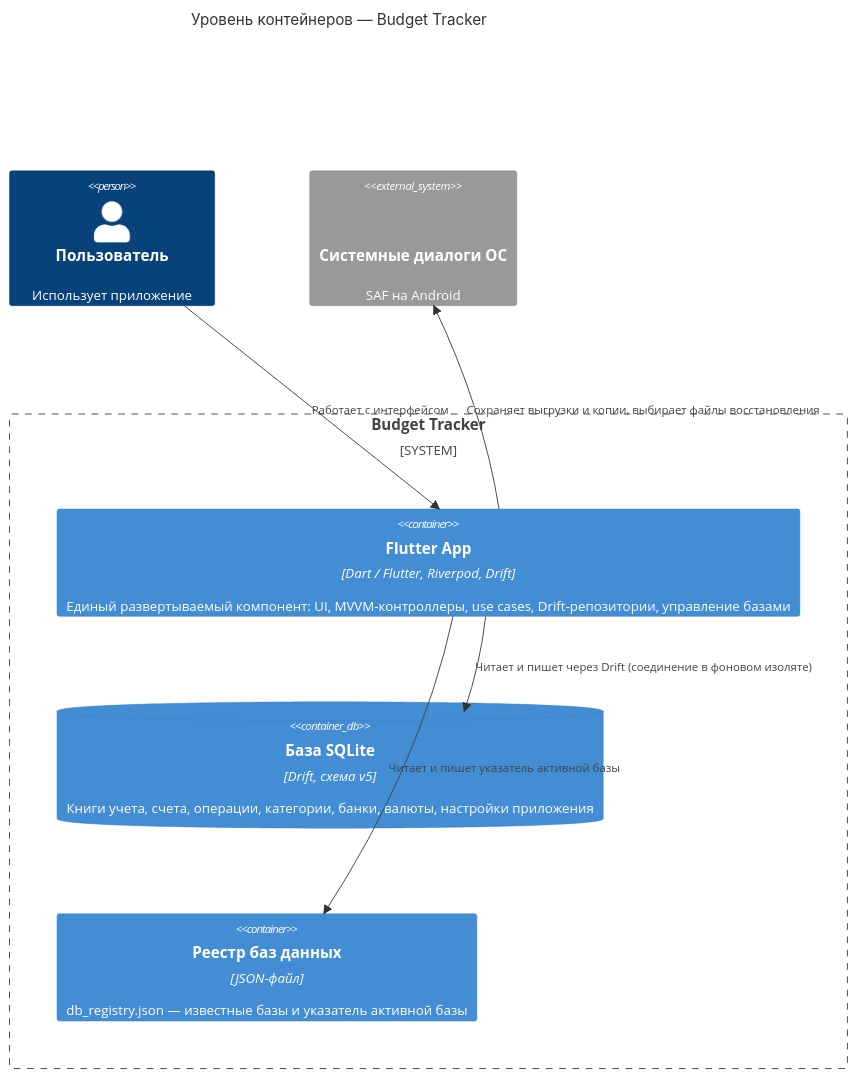
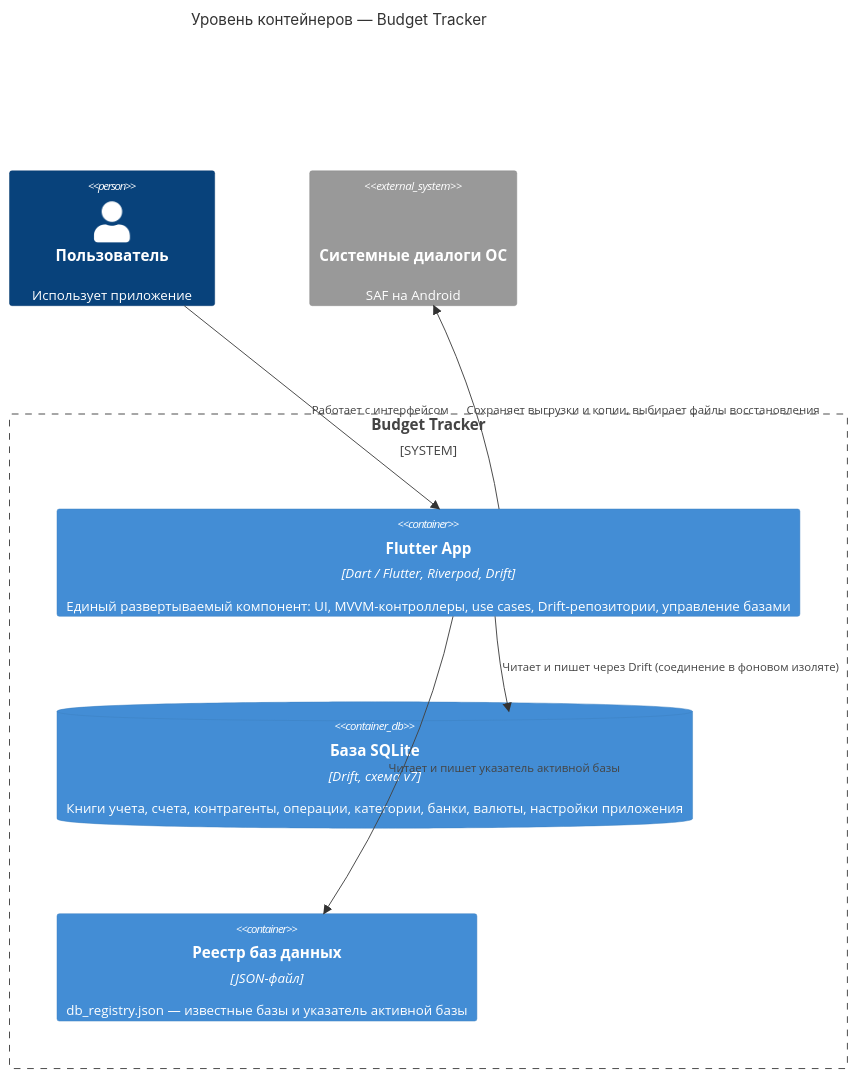
The second of 3 diagrams in docs/architecture/ARCHITECTURE.md (Rico631/budget_tracker), drawn with Mermaid before and after one commit. The commit also changed other lines of this file and 1 other file, not shown here.

First line of the commit message:
docs: refresh architecture snapshot and README for debt tracking

````diff
--- a/docs/architecture/ARCHITECTURE.md
+++ b/docs/architecture/ARCHITECTURE.md
@@ -98,21 +100,21 @@
 ```mermaid
 C4Container
   title Уровень контейнеров — Budget Tracker
 
   Person(user, "Пользователь", "Использует приложение")
 
   System_Boundary(bt, "Budget Tracker") {
     Container(app, "Flutter App", "Dart / Flutter, Riverpod, Drift", "Единый развертываемый компонент: UI, MVVM-контроллеры, use cases, Drift-репозитории, управление базами")
 
-    ContainerDb(sqlite, "База SQLite", "Drift, схема v5", "Книги учета, счета, операции, категории, банки, валюты, настройки приложения")
+    ContainerDb(sqlite, "База SQLite", "Drift, схема v7", "Книги учета, счета, контрагенты, операции, категории, банки, валюты, настройки приложения")
 
     Container(registry, "Реестр баз данных", "JSON-файл", "db_registry.json — известные базы и указатель активной базы")
   }
 
   System_Ext(dialogs, "Системные диалоги ОС", "SAF на Android", "Сохранение CSV и резервных копий .sqlite; выбор файла восстановления")
 
   Rel(user, app, "Работает с интерфейсом")
   Rel(app, sqlite, "Читает и пишет через Drift (соединение в фоновом изоляте)")
   Rel(app, registry, "Читает и пишет указатель активной базы")
   Rel(app, dialogs, "Сохраняет выгрузки и копии, выбирает файлы восстановления")
 ```
````
